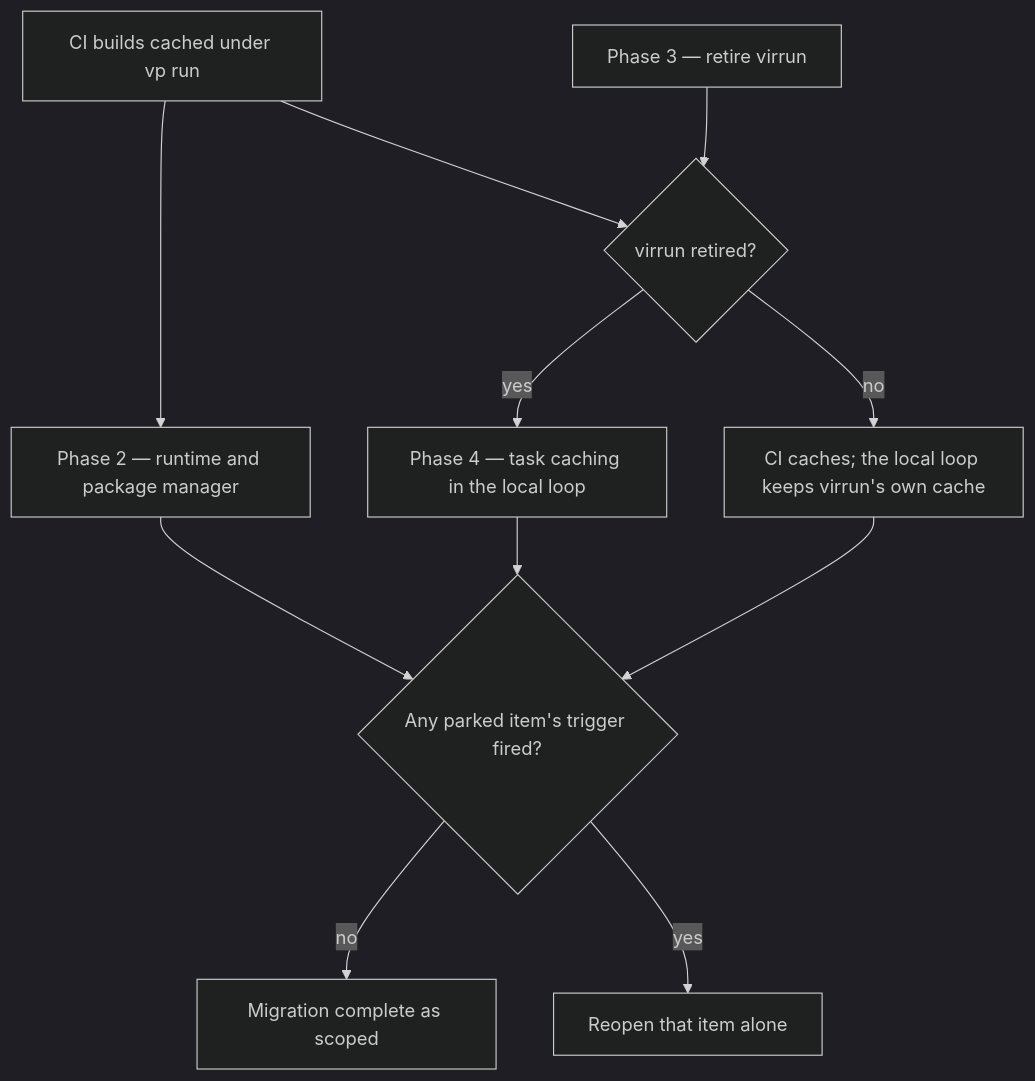
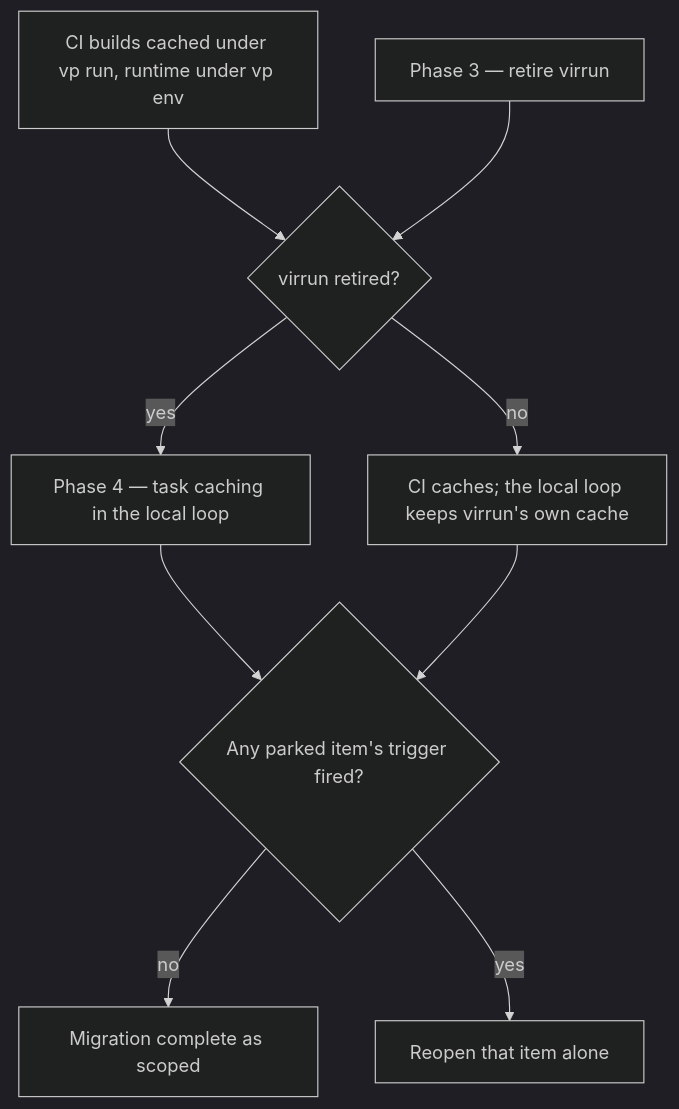
One commit to Esposter/Esposter changed the diagram in apps/web/content/docs/proposals/refactors/vite-plus/phases.md. Above: the diagram before and after it, drawn with Mermaid (dark theme). The commit also changed other lines of this file and 10 other files, not shown here.

````diff
--- a/apps/web/content/docs/proposals/refactors/vite-plus/phases.md
+++ b/apps/web/content/docs/proposals/refactors/vite-plus/phases.md
@@ -13,13 +13,11 @@
 ```mermaid
 flowchart TD
-  start["CI builds cached under vp run"] --> rt["Phase 2 — runtime and package manager"]
-  start --> local{"virrun retired?"}
+  start["CI builds cached under vp run, runtime under vp env"] --> local{"virrun retired?"}
   retire["Phase 3 — retire virrun"] --> local
   local -->|yes| loop["Phase 4 — task caching in the local loop"]
   local -->|no| ciOnly["CI caches; the local loop keeps virrun's own cache"]
   loop --> parked{"Any parked item's trigger fired?"}
   ciOnly --> parked
-  rt --> parked
   parked -->|no| done["Migration complete as scoped"]
   parked -->|yes| reopen["Reopen that item alone"]
 ```
````
